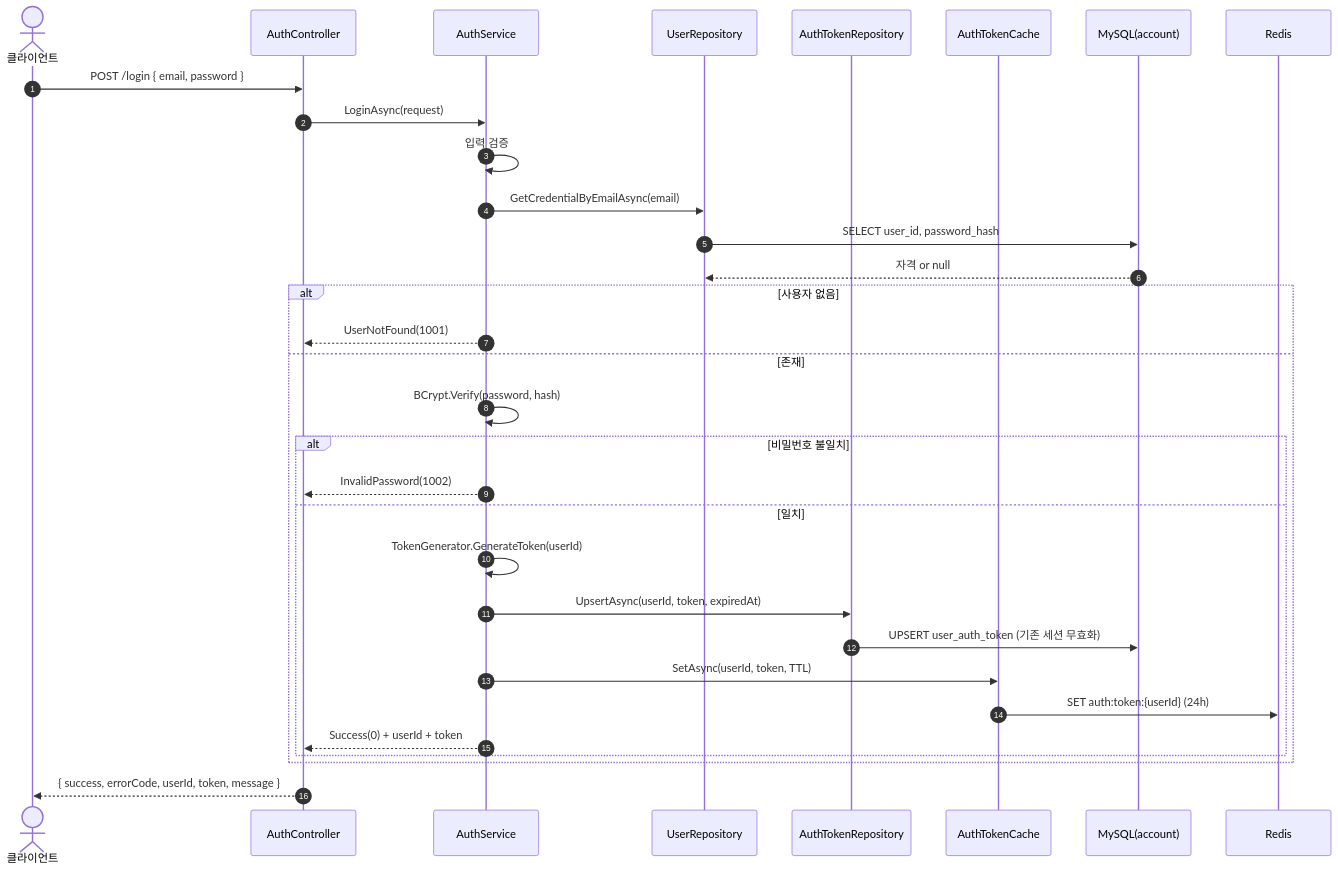
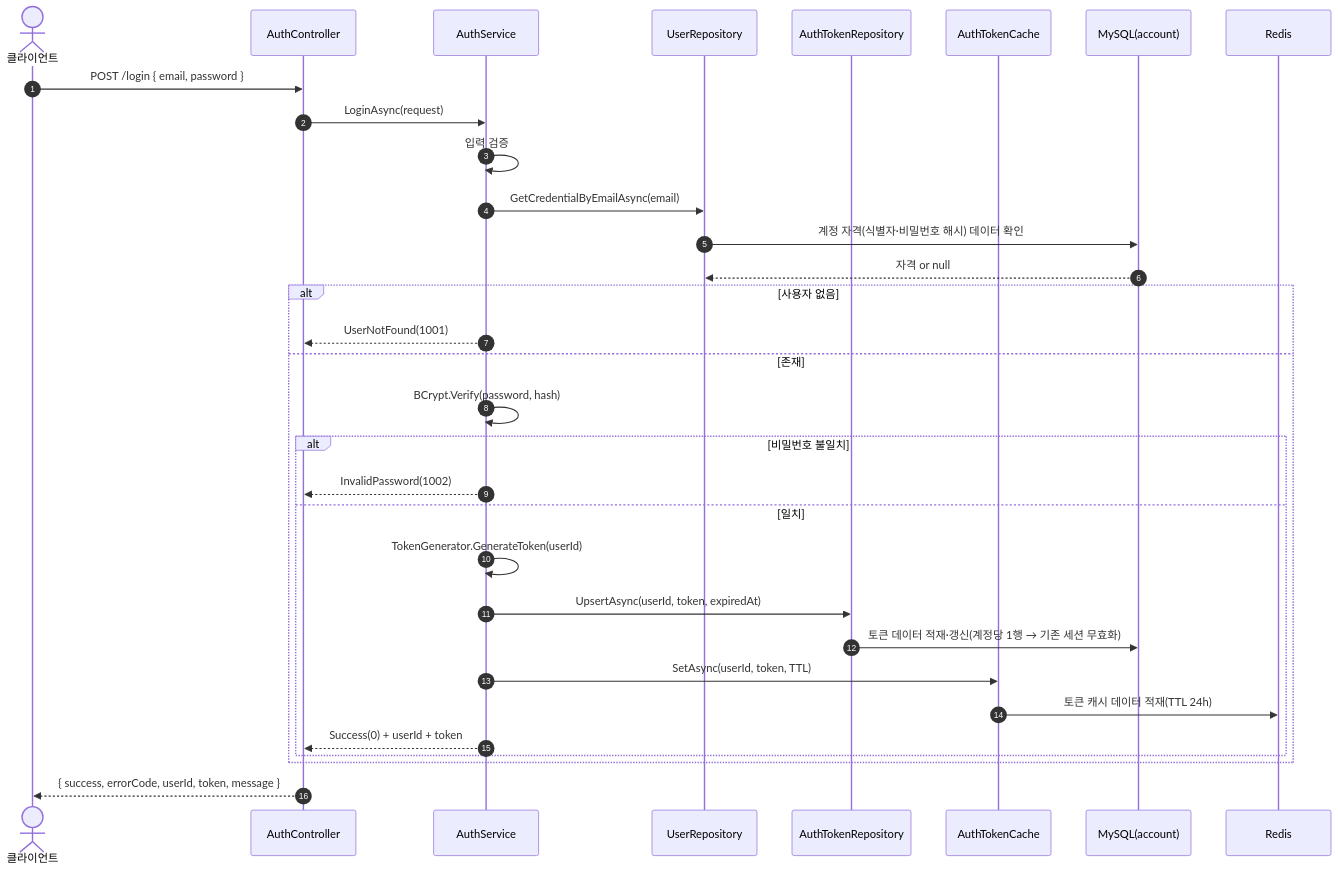
Before and after one commit to ks-wook/com2us-taskbar-hero: the second of 3 diagrams in SequenceDiagram/AuthController.md, drawn with Mermaid. The commit also changed other lines of this file and 7 other files, not shown here.

Commit message:
시퀀스 다이어그램 수정

````diff
--- a/SequenceDiagram/AuthController.md
+++ b/SequenceDiagram/AuthController.md
@@ -45,35 +45,35 @@
 ```mermaid
 sequenceDiagram
     autonumber
     actor C as 클라이언트
     participant Ctrl as AuthController
     participant Svc as AuthService
     participant URepo as UserRepository
     participant TRepo as AuthTokenRepository
     participant Cache as AuthTokenCache
     participant DB as MySQL(account)
     participant Redis as Redis
 
     C->>Ctrl: POST /login { email, password }
     Ctrl->>Svc: LoginAsync(request)
     Svc->>Svc: 입력 검증
     Svc->>URepo: GetCredentialByEmailAsync(email)
-    URepo->>DB: SELECT user_id, password_hash
+    URepo->>DB: 계정 자격(식별자·비밀번호 해시) 데이터 확인
     DB-->>URepo: 자격 or null
     alt 사용자 없음
         Svc-->>Ctrl: UserNotFound(1001)
     else 존재
         Svc->>Svc: BCrypt.Verify(password, hash)
         alt 비밀번호 불일치
             Svc-->>Ctrl: InvalidPassword(1002)
         else 일치
             Svc->>Svc: TokenGenerator.GenerateToken(userId)
             Svc->>TRepo: UpsertAsync(userId, token, expiredAt)
-            TRepo->>DB: UPSERT user_auth_token (기존 세션 무효화)
+            TRepo->>DB: 토큰 데이터 적재·갱신(계정당 1행 → 기존 세션 무효화)
             Svc->>Cache: SetAsync(userId, token, TTL)
-            Cache->>Redis: SET auth:token:{userId} (24h)
+            Cache->>Redis: 토큰 캐시 데이터 적재(TTL 24h)
             Svc-->>Ctrl: Success(0) + userId + token
         end
     end
     Ctrl-->>C: { success, errorCode, userId, token, message }
 ```
````
